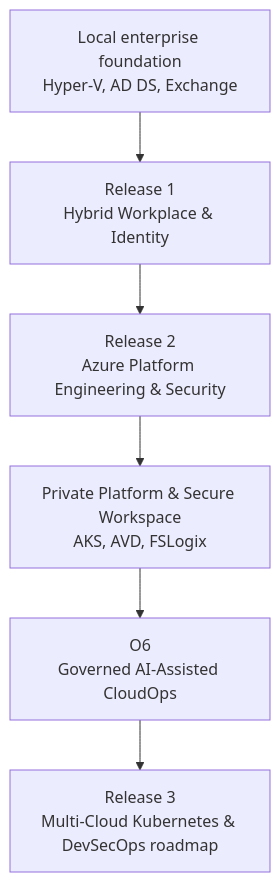
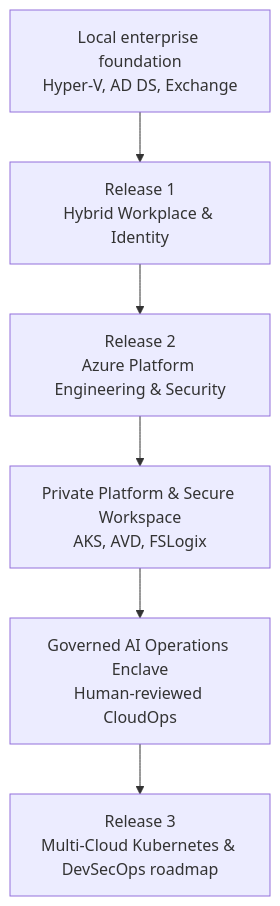
Before and after one commit to jrikobd-azaws/azawslab-enterprise-hybrid-security: the diagram in site/index.md, drawn with Mermaid. The commit also changed other lines of this file, not shown here.

````diff
--- a/site/index.md
+++ b/site/index.md
@@ -77,8 +92,8 @@
 ```mermaid
 graph TD
     A["Local enterprise foundation<br>Hyper-V, AD DS, Exchange"] --> B["Release 1<br>Hybrid Workplace & Identity"]
     B --> C["Release 2<br>Azure Platform Engineering & Security"]
     C --> D["Private Platform & Secure Workspace<br>AKS, AVD, FSLogix"]
-    D --> E["O6<br>Governed AI-Assisted CloudOps"]
+    D --> E["Governed AI Operations Enclave<br>Human-reviewed CloudOps"]
     E --> F["Release 3<br>Multi-Cloud Kubernetes & DevSecOps roadmap"]
 ```
````
